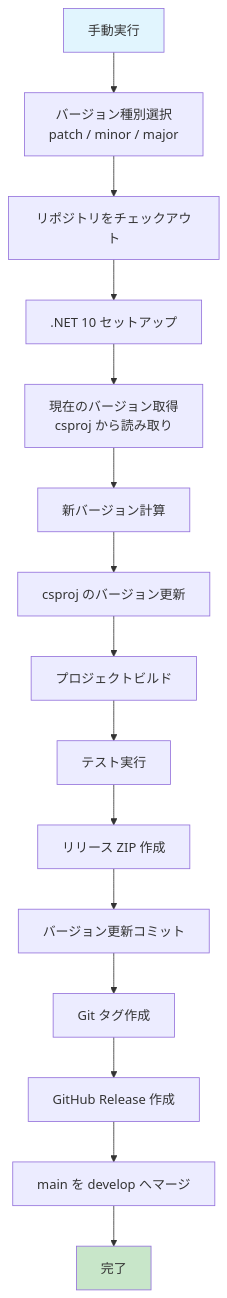
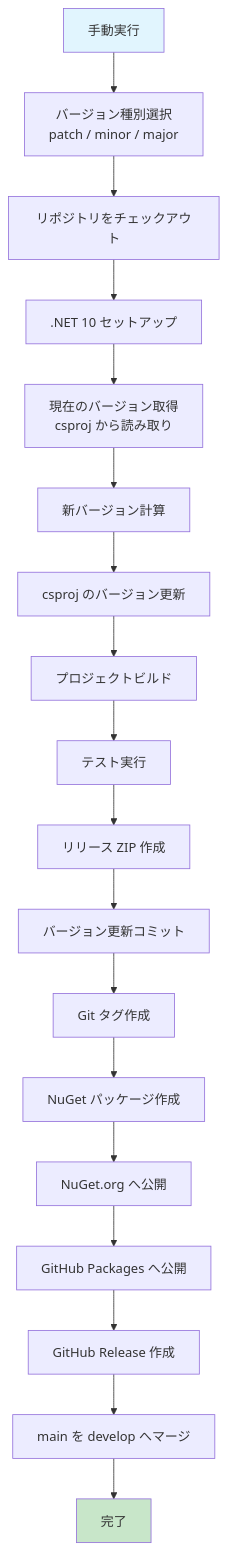
The third of 4 diagrams in docs/contributing/ci-workflow.md (vehiclevisionjp/VehicleVision.Pleasanter.ReplicaSync), drawn with Mermaid before and after one commit. The commit also changed other lines of this file and 12 other files, not shown here.

````diff
--- a/docs/contributing/ci-workflow.md
+++ b/docs/contributing/ci-workflow.md
@@ -159,20 +159,23 @@
 ```mermaid
 flowchart TD
     A[手動実行] --> B[バージョン種別選択<br/>patch / minor / major]
     B --> C[リポジトリをチェックアウト]
     C --> D[.NET 10 セットアップ]
     D --> E[現在のバージョン取得<br/>csproj から読み取り]
     E --> F[新バージョン計算]
     F --> G[csproj のバージョン更新]
     G --> H[プロジェクトビルド]
     H --> I[テスト実行]
     I --> J[リリース ZIP 作成]
     J --> K[バージョン更新コミット]
     K --> L[Git タグ作成]
-    L --> M[GitHub Release 作成]
+    L --> LA[NuGet パッケージ作成]
+    LA --> LB[NuGet.org へ公開]
+    LB --> LC[GitHub Packages へ公開]
+    LC --> M[GitHub Release 作成]
     M --> N[main を develop へマージ]
     N --> O[完了]
 
     style A fill:#e1f5fe
     style O fill:#c8e6c9
 ```
````
